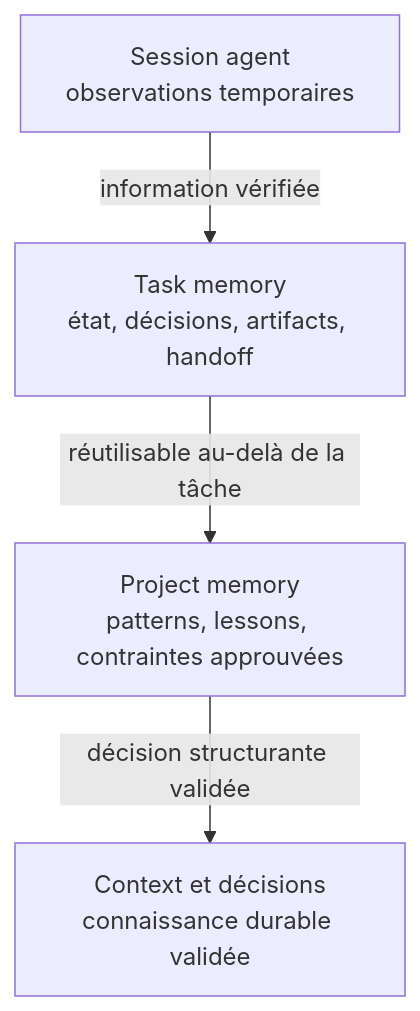
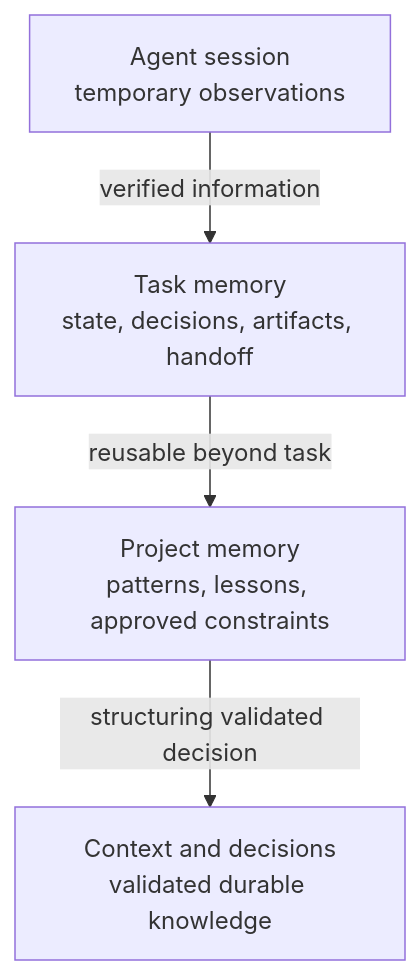
Before and after one commit to ricken07/ai-engineering-factory: the seventh of 8 diagrams in docs/00-factory-reference-architecture.md, drawn with Mermaid. The commit also changed other lines of this file and 32 other files, not shown here.

````diff
--- a/docs/00-factory-reference-architecture.md
+++ b/docs/00-factory-reference-architecture.md
@@ -475,10 +461,10 @@
 ```mermaid
 flowchart TB
-    session[Session agent\nobservations temporaires]
-    task[Task memory\nétat, décisions, artifacts, handoff]
-    project[Project memory\npatterns, lessons, contraintes approuvées]
-    authority[Context et décisions\nconnaissance durable validée]
-    session -->|information vérifiée| task
-    task -->|réutilisable au-delà de la tâche| project
-    project -->|décision structurante validée| authority
+    session[Agent session\ntemporary observations]
+    task[Task memory\nstate, decisions, artifacts, handoff]
+    project[Project memory\npatterns, lessons, approved constraints]
+    authority[Context and decisions\nvalidated durable knowledge]
+    session -->|verified information| task
+    task -->|reusable beyond task| project
+    project -->|structuring validated decision| authority
 ```
````
